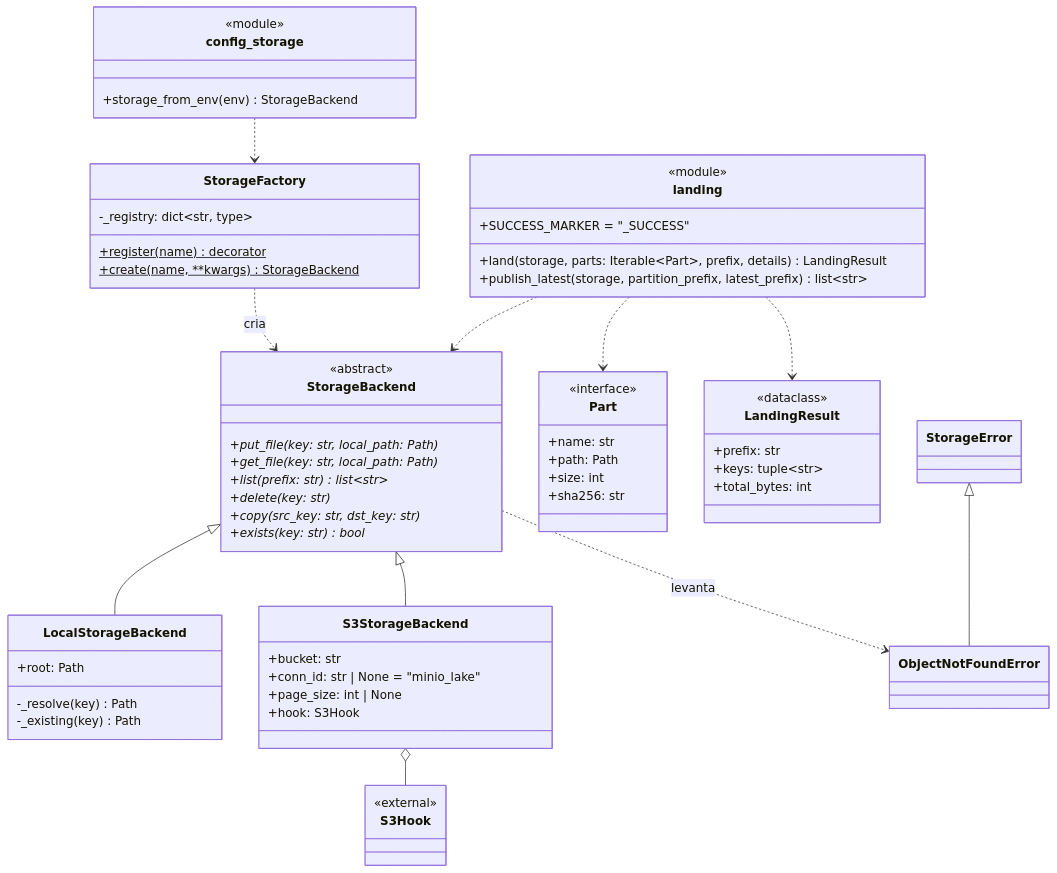
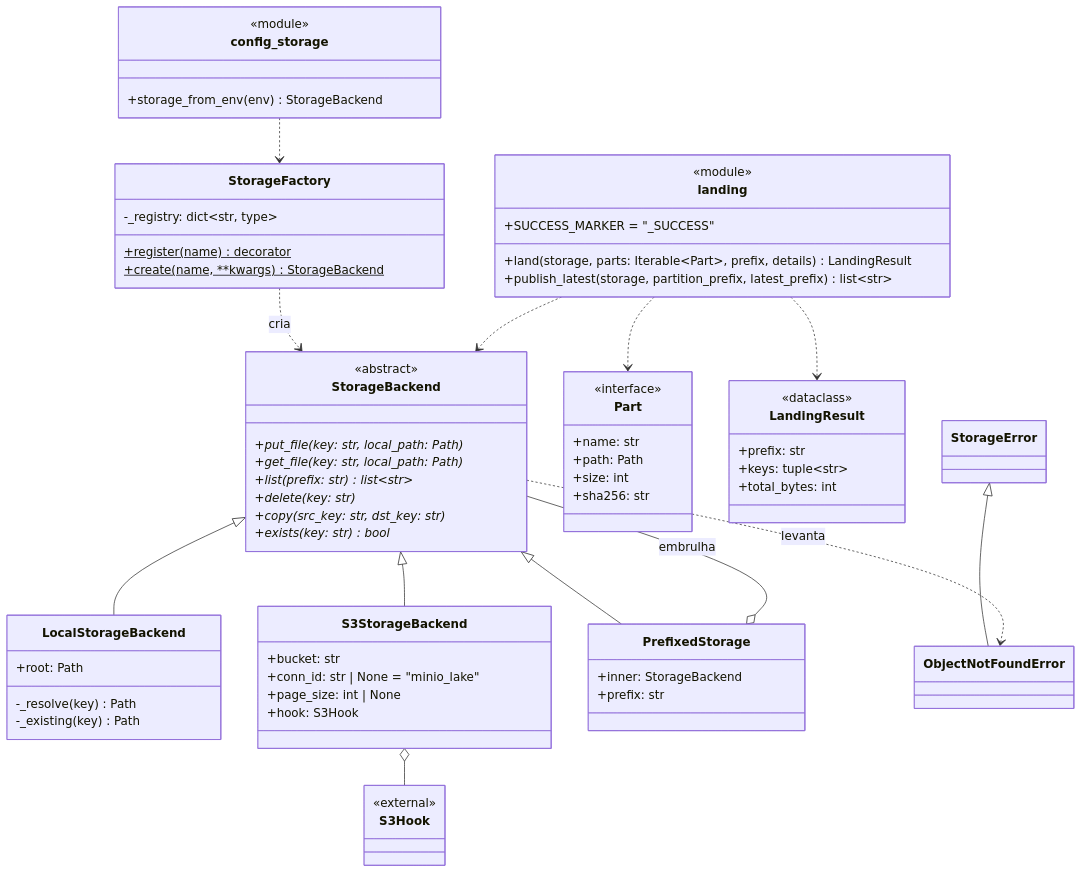
Before and after one commit to GovHub-br/data-application-cidades: the third of 6 diagrams in docs/ingestao/diagrama-classes.md, drawn with Mermaid. The commit also changed other lines of this file and 6 other files, not shown here.

````diff
--- a/docs/ingestao/diagrama-classes.md
+++ b/docs/ingestao/diagrama-classes.md
@@ -74,67 +74,73 @@
 ```mermaid
 classDiagram
     class StorageBackend {
         <<abstract>>
         +put_file(key: str, local_path: Path)*
         +get_file(key: str, local_path: Path)*
         +list(prefix: str) list~str~*
         +delete(key: str)*
         +copy(src_key: str, dst_key: str)*
         +exists(key: str) bool*
     }
     class LocalStorageBackend {
         +root: Path
         -_resolve(key) Path
         -_existing(key) Path
     }
     class S3StorageBackend {
         +bucket: str
         +conn_id: str | None = "minio_lake"
         +page_size: int | None
         +hook: S3Hook
+    }
+    class PrefixedStorage {
+        +inner: StorageBackend
+        +prefix: str
     }
     class StorageFactory {
         -_registry: dict~str, type~
         +register(name)$ decorator
         +create(name, **kwargs)$ StorageBackend
     }
     class config_storage {
         <<module>>
         +storage_from_env(env) StorageBackend
     }
     class landing {
         <<module>>
         +SUCCESS_MARKER = "_SUCCESS"
         +land(storage, parts: Iterable~Part~, prefix, details) LandingResult
         +publish_latest(storage, partition_prefix, latest_prefix) list~str~
     }
     class Part {
         <<interface>>
         +name: str
         +path: Path
         +size: int
         +sha256: str
     }
     class LandingResult {
         <<dataclass>>
         +prefix: str
         +keys: tuple~str~
         +total_bytes: int
     }
     class StorageError
     class ObjectNotFoundError
     class S3Hook {
         <<external>>
     }
 
     StorageBackend <|-- LocalStorageBackend
     StorageBackend <|-- S3StorageBackend
     S3StorageBackend o-- S3Hook
+    StorageBackend <|-- PrefixedStorage
+    PrefixedStorage o-- StorageBackend : embrulha
     StorageFactory ..> StorageBackend : cria
     config_storage ..> StorageFactory
     landing ..> StorageBackend
     landing ..> Part
     landing ..> LandingResult
     StorageError <|-- ObjectNotFoundError
     StorageBackend ..> ObjectNotFoundError : levanta
 ```
````
